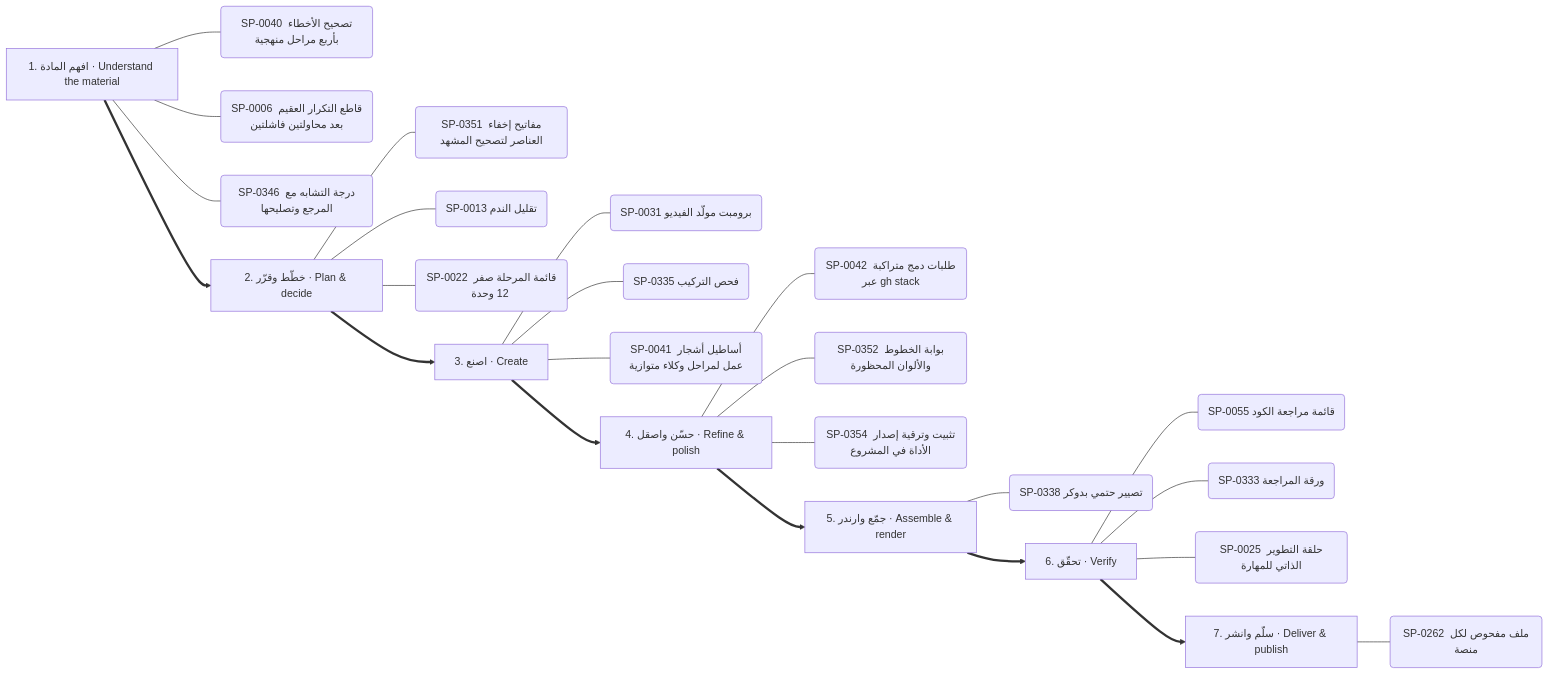
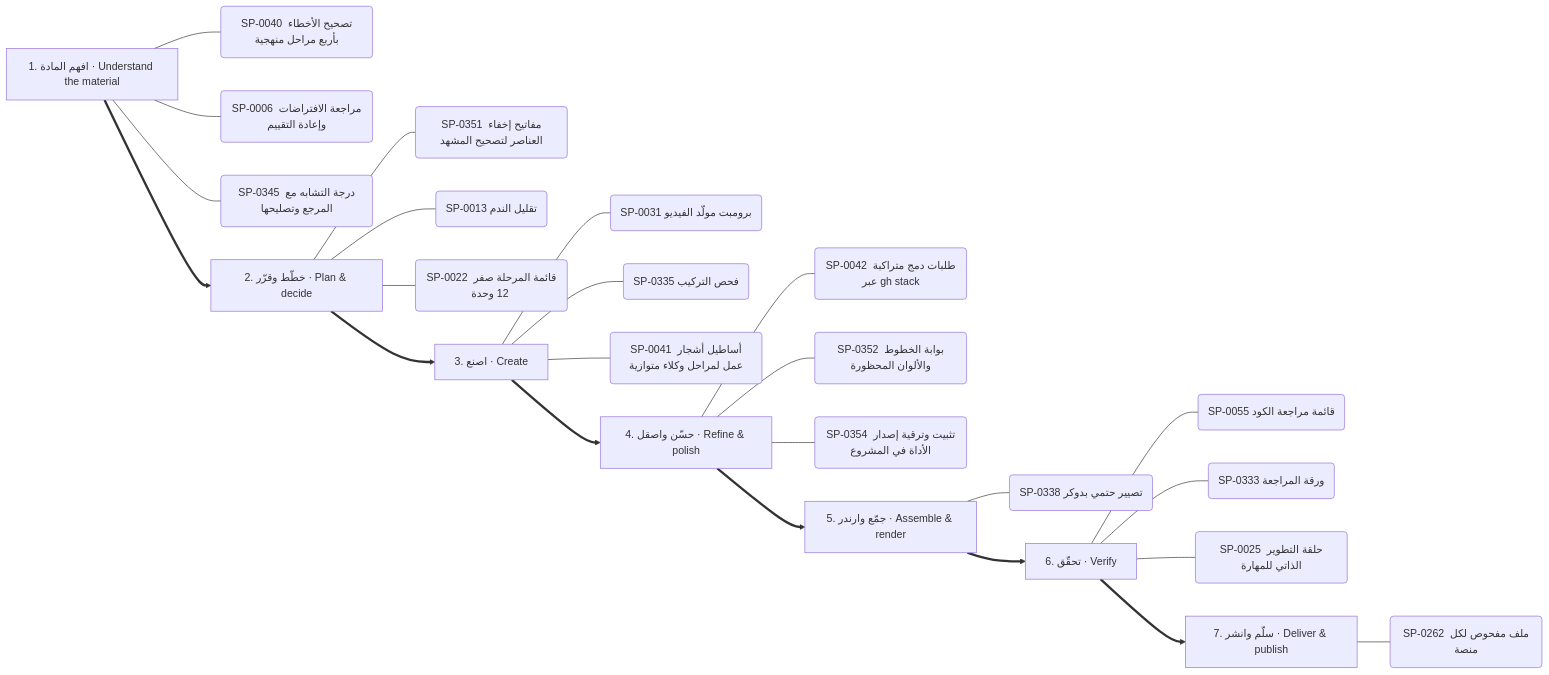
Before and after one commit to kosif199022-jpg/kosif-tool: the tenth of 13 diagrams in .claude/skills/kosif-superpowers/references/capability-mindmap.md, drawn with Mermaid. The commit also changed other lines of this file and 28 other files, not shown here.

````diff
--- a/.claude/skills/kosif-superpowers/references/capability-mindmap.md
+++ b/.claude/skills/kosif-superpowers/references/capability-mindmap.md
@@ -500,33 +500,33 @@
 ```mermaid
 flowchart LR
   S0["1. افهم المادة · Understand the material"]
   S0 --- S0_0("SP-0040 تصحيح الأخطاء بأربع مراحل منهجية")
-  S0 --- S0_1("SP-0006 قاطع التكرار العقيم بعد محاولتين فاشلتين")
-  S0 --- S0_2("SP-0346 درجة التشابه مع المرجع وتصليحها")
+  S0 --- S0_1("SP-0006 مراجعة الافتراضات وإعادة التقييم")
+  S0 --- S0_2("SP-0345 درجة التشابه مع المرجع وتصليحها")
   S1["2. خطّط وقرّر · Plan & decide"]
   S1 --- S1_0("SP-0351 مفاتيح إخفاء العناصر لتصحيح المشهد")
   S1 --- S1_1("SP-0013 تقليل الندم")
   S1 --- S1_2("SP-0022 قائمة المرحلة صفر  12 وحدة ")
   S0 ==> S1
   S2["3. اصنع · Create"]
   S2 --- S2_0("SP-0031 برومبت مولّد الفيديو")
   S2 --- S2_1("SP-0335 فحص التركيب")
   S2 --- S2_2("SP-0041 أساطيل أشجار عمل لمراحل وكلاء متوازية")
   S1 ==> S2
   S3["4. حسّن واصقل · Refine & polish"]
   S3 --- S3_0("SP-0042 طلبات دمج متراكبة عبر gh stack")
   S3 --- S3_1("SP-0352 بوابة الخطوط والألوان المحظورة")
   S3 --- S3_2("SP-0354 تثبيت وترقية إصدار الأداة في المشروع")
   S2 ==> S3
   S4["5. جمّع وارندر · Assemble & render"]
   S4 --- S4_0("SP-0338 تصيير حتمي بدوكر")
   S3 ==> S4
   S5["6. تحقّق · Verify"]
   S5 --- S5_0("SP-0055 قائمة مراجعة الكود")
   S5 --- S5_1("SP-0333 ورقة المراجعة")
   S5 --- S5_2("SP-0025 حلقة التطوير الذاتي للمهارة")
   S4 ==> S5
   S6["7. سلّم وانشر · Deliver & publish"]
   S6 --- S6_0("SP-0262 ملف مفحوص لكل منصة")
   S5 ==> S6
 ```
````
